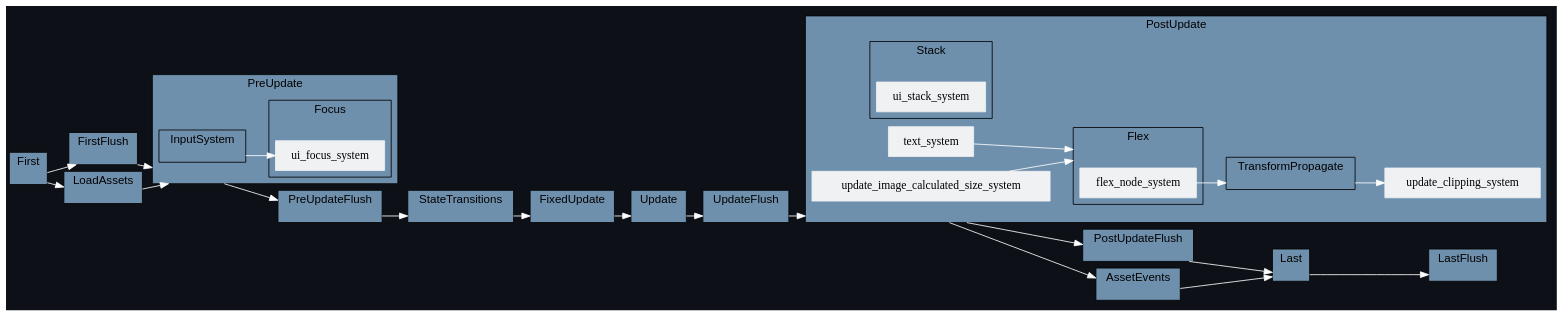
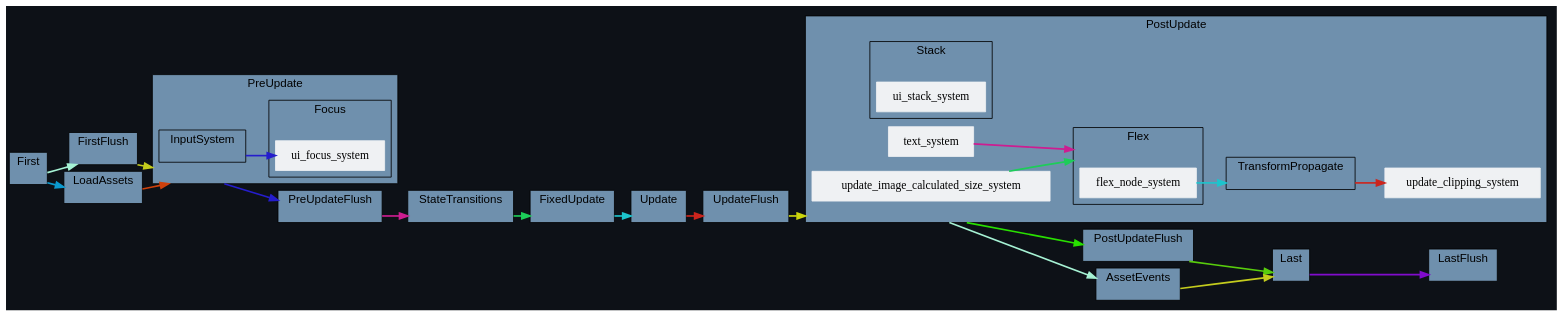
The diagram in docs/by-crate/dark/schedule_Main_bevy_ui.dot (jakobhellermann/bevy_mod_debugdump), drawn with Graphviz before and after one commit. The commit also changed 99 other files, not shown here.

```diff
--- a/docs/by-crate/dark/schedule_Main_bevy_ui.dot
+++ b/docs/by-crate/dark/schedule_Main_bevy_ui.dot
@@ -1,149 +1,187 @@
-digraph "schedule" {
+digraph "" {
 	"compound"="true";
 	"splines"="spline";
 	"rankdir"="LR";
 	"bgcolor"="#0d1117";
 	"fontname"="Helvetica";
+	edge ["penwidth"="2"];
 	node ["shape"="box", "style"="filled", "fillcolor"="#eff1f3", "color"="#eff1f3"];
-	edge ["color"="white"];
 	subgraph "clusternode_Set(0)" {
 		"label"="Update";
+		"tooltip"="Update";
 		"bgcolor"="#6f90ad";
+		"color"="black";
 		"set_marker_node_Set(0)" ["style"="invis", "label"="", "height"="0", "shape"="point"]
 	}
 	
 	subgraph "clusternode_Set(2)" {
 		"label"="FirstFlush";
+		"tooltip"="FirstFlush";
 		"bgcolor"="#6f90ad";
+		"color"="black";
 		"set_marker_node_Set(2)" ["style"="invis", "label"="", "height"="0", "shape"="point"]
 	}
 	
 	subgraph "clusternode_Set(3)" {
 		"label"="PreUpdateFlush";
+		"tooltip"="PreUpdateFlush";
 		"bgcolor"="#6f90ad";
+		"color"="black";
 		"set_marker_node_Set(3)" ["style"="invis", "label"="", "height"="0", "shape"="point"]
 	}
 	
 	subgraph "clusternode_Set(4)" {
 		"label"="UpdateFlush";
+		"tooltip"="UpdateFlush";
 		"bgcolor"="#6f90ad";
+		"color"="black";
 		"set_marker_node_Set(4)" ["style"="invis", "label"="", "height"="0", "shape"="point"]
 	}
 	
 	subgraph "clusternode_Set(5)" {
 		"label"="PostUpdateFlush";
+		"tooltip"="PostUpdateFlush";
 		"bgcolor"="#6f90ad";
+		"color"="black";
 		"set_marker_node_Set(5)" ["style"="invis", "label"="", "height"="0", "shape"="point"]
 	}
 	
 	subgraph "clusternode_Set(6)" {
 		"label"="LastFlush";
+		"tooltip"="LastFlush";
 		"bgcolor"="#6f90ad";
+		"color"="black";
 		"set_marker_node_Set(6)" ["style"="invis", "label"="", "height"="0", "shape"="point"]
 	}
 	
 	subgraph "clusternode_Set(7)" {
 		"label"="First";
+		"tooltip"="First";
 		"bgcolor"="#6f90ad";
+		"color"="black";
 		"set_marker_node_Set(7)" ["style"="invis", "label"="", "height"="0", "shape"="point"]
 	}
 	
 	subgraph "clusternode_Set(8)" {
 		"label"="PreUpdate";
+		"tooltip"="PreUpdate";
 		"bgcolor"="#6f90ad";
+		"color"="black";
 		"set_marker_node_Set(8)" ["style"="invis", "label"="", "height"="0", "shape"="point"]
 		subgraph "clusternode_Set(24)" {
 			"label"="InputSystem";
+			"tooltip"="InputSystem";
 			"bgcolor"="#6f90ad";
+			"color"="black";
 			"set_marker_node_Set(24)" ["style"="invis", "label"="", "height"="0", "shape"="point"]
 		}
 		
 		subgraph "clusternode_Set(115)" {
 			"label"="Focus";
+			"tooltip"="Focus";
 			"bgcolor"="#6f90ad";
+			"color"="black";
 			"set_marker_node_Set(115)" ["style"="invis", "label"="", "height"="0", "shape"="point"]
-			"node_System(95)" ["label"="ui_focus_system"]
+			"node_System(95)" ["label"="ui_focus_system", "tooltip"="bevy_ui::focus::ui_focus_system"]
 		}
 		
 	}
 	
 	subgraph "clusternode_Set(9)" {
 		"label"="StateTransitions";
+		"tooltip"="StateTransitions";
 		"bgcolor"="#6f90ad";
+		"color"="black";
 		"set_marker_node_Set(9)" ["style"="invis", "label"="", "height"="0", "shape"="point"]
 	}
 	
 	subgraph "clusternode_Set(10)" {
 		"label"="FixedUpdate";
+		"tooltip"="FixedUpdate";
 		"bgcolor"="#6f90ad";
+		"color"="black";
 		"set_marker_node_Set(10)" ["style"="invis", "label"="", "height"="0", "shape"="point"]
 	}
 	
 	subgraph "clusternode_Set(11)" {
 		"label"="PostUpdate";
+		"tooltip"="PostUpdate";
 		"bgcolor"="#6f90ad";
+		"color"="black";
 		"set_marker_node_Set(11)" ["style"="invis", "label"="", "height"="0", "shape"="point"]
 		subgraph "clusternode_Set(20)" {
 			"label"="TransformPropagate";
+			"tooltip"="TransformPropagate";
 			"bgcolor"="#6f90ad";
+			"color"="black";
 			"set_marker_node_Set(20)" ["style"="invis", "label"="", "height"="0", "shape"="point"]
 		}
 		
 		subgraph "clusternode_Set(116)" {
 			"label"="Flex";
+			"tooltip"="Flex";
 			"bgcolor"="#6f90ad";
+			"color"="black";
 			"set_marker_node_Set(116)" ["style"="invis", "label"="", "height"="0", "shape"="point"]
-			"node_System(98)" ["label"="flex_node_system"]
+			"node_System(98)" ["label"="flex_node_system", "tooltip"="bevy_ui::flex::flex_node_system"]
 		}
 		
 		subgraph "clusternode_Set(117)" {
 			"label"="Stack";
+			"tooltip"="Stack";
 			"bgcolor"="#6f90ad";
+			"color"="black";
 			"set_marker_node_Set(117)" ["style"="invis", "label"="", "height"="0", "shape"="point"]
-			"node_System(99)" ["label"="ui_stack_system"]
+			"node_System(99)" ["label"="ui_stack_system", "tooltip"="bevy_ui::stack::ui_stack_system"]
 		}
 		
-		"node_System(96)" ["label"="text_system"]
-		"node_System(97)" ["label"="update_image_calculated_size_system"]
-		"node_System(100)" ["label"="update_clipping_system"]
+		"node_System(96)" ["label"="text_system", "tooltip"="bevy_ui::widget::text::text_system"]
+		"node_System(97)" ["label"="update_image_calculated_size_system", "tooltip"="bevy_ui::widget::image::update_image_calculated_size_system"]
+		"node_System(100)" ["label"="update_clipping_system", "tooltip"="bevy_ui::update::update_clipping_system"]
 	}
 	
 	subgraph "clusternode_Set(12)" {
 		"label"="Last";
+		"tooltip"="Last";
 		"bgcolor"="#6f90ad";
+		"color"="black";
 		"set_marker_node_Set(12)" ["style"="invis", "label"="", "height"="0", "shape"="point"]
 	}
 	
 	subgraph "clusternode_Set(58)" {
 		"label"="LoadAssets";
+		"tooltip"="LoadAssets";
 		"bgcolor"="#6f90ad";
+		"color"="black";
 		"set_marker_node_Set(58)" ["style"="invis", "label"="", "height"="0", "shape"="point"]
 	}
 	
 	subgraph "clusternode_Set(59)" {
 		"label"="AssetEvents";
+		"tooltip"="AssetEvents";
 		"bgcolor"="#6f90ad";
+		"color"="black";
 		"set_marker_node_Set(59)" ["style"="invis", "label"="", "height"="0", "shape"="point"]
 	}
 	
-	"set_marker_node_Set(7)" -> "set_marker_node_Set(2)" ["lhead"="clusternode_Set(2)", "ltail"="clusternode_Set(7)"]
-	"set_marker_node_Set(2)" -> "set_marker_node_Set(8)" ["lhead"="clusternode_Set(8)", "ltail"="clusternode_Set(2)"]
-	"set_marker_node_Set(8)" -> "set_marker_node_Set(3)" ["lhead"="clusternode_Set(3)", "ltail"="clusternode_Set(8)"]
-	"set_marker_node_Set(3)" -> "set_marker_node_Set(9)" ["lhead"="clusternode_Set(9)", "ltail"="clusternode_Set(3)"]
-	"set_marker_node_Set(9)" -> "set_marker_node_Set(10)" ["lhead"="clusternode_Set(10)", "ltail"="clusternode_Set(9)"]
-	"set_marker_node_Set(10)" -> "set_marker_node_Set(0)" ["lhead"="clusternode_Set(0)", "ltail"="clusternode_Set(10)"]
-	"set_marker_node_Set(0)" -> "set_marker_node_Set(4)" ["lhead"="clusternode_Set(4)", "ltail"="clusternode_Set(0)"]
-	"set_marker_node_Set(4)" -> "set_marker_node_Set(11)" ["lhead"="clusternode_Set(11)", "ltail"="clusternode_Set(4)"]
-	"set_marker_node_Set(11)" -> "set_marker_node_Set(5)" ["lhead"="clusternode_Set(5)", "ltail"="clusternode_Set(11)"]
-	"set_marker_node_Set(5)" -> "set_marker_node_Set(12)" ["lhead"="clusternode_Set(12)", "ltail"="clusternode_Set(5)"]
-	"set_marker_node_Set(12)" -> "set_marker_node_Set(6)" ["lhead"="clusternode_Set(6)", "ltail"="clusternode_Set(12)"]
-	"set_marker_node_Set(58)" -> "set_marker_node_Set(8)" ["lhead"="clusternode_Set(8)", "ltail"="clusternode_Set(58)"]
-	"set_marker_node_Set(7)" -> "set_marker_node_Set(58)" ["lhead"="clusternode_Set(58)", "ltail"="clusternode_Set(7)"]
-	"set_marker_node_Set(11)" -> "set_marker_node_Set(59)" ["lhead"="clusternode_Set(59)", "ltail"="clusternode_Set(11)"]
-	"set_marker_node_Set(59)" -> "set_marker_node_Set(12)" ["lhead"="clusternode_Set(12)", "ltail"="clusternode_Set(59)"]
-	"set_marker_node_Set(24)" -> "node_System(95)" ["lhead"="", "ltail"="clusternode_Set(24)"]
-	"node_System(96)" -> "set_marker_node_Set(116)" ["lhead"="clusternode_Set(116)", "ltail"=""]
-	"node_System(97)" -> "set_marker_node_Set(116)" ["lhead"="clusternode_Set(116)", "ltail"=""]
-	"node_System(98)" -> "set_marker_node_Set(20)" ["lhead"="clusternode_Set(20)", "ltail"=""]
-	"set_marker_node_Set(20)" -> "node_System(100)" ["lhead"="", "ltail"="clusternode_Set(20)"]
+	"set_marker_node_Set(7)" -> "set_marker_node_Set(2)" ["lhead"="clusternode_Set(2)", "ltail"="clusternode_Set(7)", "tooltip"="First → FirstFlush", "color"="#a6f2d4"]
+	"set_marker_node_Set(2)" -> "set_marker_node_Set(8)" ["lhead"="clusternode_Set(8)", "ltail"="clusternode_Set(2)", "tooltip"="FirstFlush → PreUpdate", "color"="#c4cc1d"]
+	"set_marker_node_Set(8)" -> "set_marker_node_Set(3)" ["lhead"="clusternode_Set(3)", "ltail"="clusternode_Set(8)", "tooltip"="PreUpdate → PreUpdateFlush", "color"="#251dcc"]
+	"set_marker_node_Set(3)" -> "set_marker_node_Set(9)" ["lhead"="clusternode_Set(9)", "ltail"="clusternode_Set(3)", "tooltip"="PreUpdateFlush → StateTransitions", "color"="#cd1d91"]
+	"set_marker_node_Set(9)" -> "set_marker_node_Set(10)" ["lhead"="clusternode_Set(10)", "ltail"="clusternode_Set(9)", "tooltip"="StateTransitions → FixedUpdate", "color"="#1dcd59"]
+	"set_marker_node_Set(10)" -> "set_marker_node_Set(0)" ["lhead"="clusternode_Set(0)", "ltail"="clusternode_Set(10)", "tooltip"="FixedUpdate → Update", "color"="#1dc4cc"]
+	"set_marker_node_Set(0)" -> "set_marker_node_Set(4)" ["lhead"="clusternode_Set(4)", "ltail"="clusternode_Set(0)", "tooltip"="Update → UpdateFlush", "color"="#cc251d"]
+	"set_marker_node_Set(4)" -> "set_marker_node_Set(11)" ["lhead"="clusternode_Set(11)", "ltail"="clusternode_Set(4)", "tooltip"="UpdateFlush → PostUpdate", "color"="#ccd60d"]
+	"set_marker_node_Set(11)" -> "set_marker_node_Set(5)" ["lhead"="clusternode_Set(5)", "ltail"="clusternode_Set(11)", "tooltip"="PostUpdate → PostUpdateFlush", "color"="#29e000"]
+	"set_marker_node_Set(5)" -> "set_marker_node_Set(12)" ["lhead"="clusternode_Set(12)", "ltail"="clusternode_Set(5)", "tooltip"="PostUpdateFlush → Last", "color"="#58cd0c"]
+	"set_marker_node_Set(12)" -> "set_marker_node_Set(6)" ["lhead"="clusternode_Set(6)", "ltail"="clusternode_Set(12)", "tooltip"="Last → LastFlush", "color"="#810ccd"]
+	"set_marker_node_Set(58)" -> "set_marker_node_Set(8)" ["lhead"="clusternode_Set(8)", "ltail"="clusternode_Set(58)", "tooltip"="LoadAssets → PreUpdate", "color"="#cf410c"]
+	"set_marker_node_Set(7)" -> "set_marker_node_Set(58)" ["lhead"="clusternode_Set(58)", "ltail"="clusternode_Set(7)", "tooltip"="First → LoadAssets", "color"="#0c9acf"]
+	"set_marker_node_Set(11)" -> "set_marker_node_Set(59)" ["lhead"="clusternode_Set(59)", "ltail"="clusternode_Set(11)", "tooltip"="PostUpdate → AssetEvents", "color"="#a6f2d4"]
+	"set_marker_node_Set(59)" -> "set_marker_node_Set(12)" ["lhead"="clusternode_Set(12)", "ltail"="clusternode_Set(59)", "tooltip"="AssetEvents → Last", "color"="#c4cc1d"]
+	"set_marker_node_Set(24)" -> "node_System(95)" ["lhead"="", "ltail"="clusternode_Set(24)", "tooltip"="InputSystem → ui_focus_system", "color"="#251dcc"]
+	"node_System(96)" -> "set_marker_node_Set(116)" ["lhead"="clusternode_Set(116)", "ltail"="", "tooltip"="text_system → Flex", "color"="#cd1d91"]
+	"node_System(97)" -> "set_marker_node_Set(116)" ["lhead"="clusternode_Set(116)", "ltail"="", "tooltip"="update_image_calculated_size_system → Flex", "color"="#1dcd59"]
+	"node_System(98)" -> "set_marker_node_Set(20)" ["lhead"="clusternode_Set(20)", "ltail"="", "tooltip"="flex_node_system → TransformPropagate", "color"="#1dc4cc"]
+	"set_marker_node_Set(20)" -> "node_System(100)" ["lhead"="", "ltail"="clusternode_Set(20)", "tooltip"="TransformPropagate → update_clipping_system", "color"="#cc251d"]
 }
```
